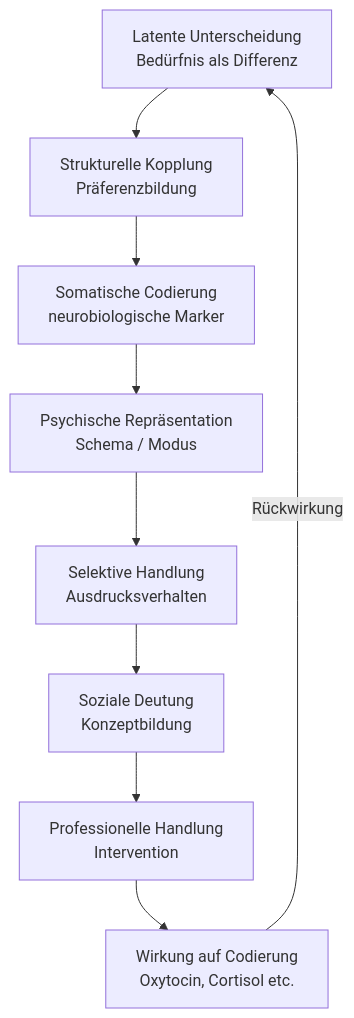
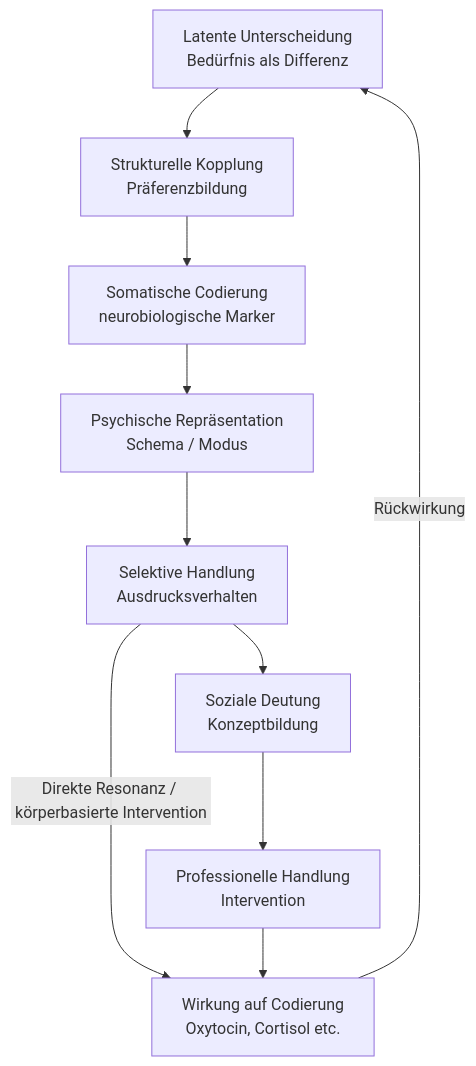
Before and after one commit to jochen-hanisch/research: the second of 2 diagrams in Pädagogische Psychologie/Bedürfnis.md, drawn with Mermaid. The commit also changed other lines of this file, not shown here.

````diff
--- a/Pädagogische Psychologie/Bedürfnis.md
+++ b/Pädagogische Psychologie/Bedürfnis.md
@@ -174,11 +184,12 @@
 ```mermaid
 flowchart TD
     A[Latente Unterscheidung<br>Bedürfnis als Differenz] --> B[Strukturelle Kopplung<br>Präferenzbildung]
     B --> C[Somatische Codierung<br>neurobiologische Marker]
     C --> D[Psychische Repräsentation<br>Schema / Modus]
     D --> E[Selektive Handlung<br>Ausdrucksverhalten]
     E --> F[Soziale Deutung<br>Konzeptbildung]
+    E -->|Direkte Resonanz / körperbasierte Intervention| H
     F --> G[Professionelle Handlung<br>Intervention]
     G --> H[Wirkung auf Codierung<br>Oxytocin, Cortisol etc.]
     H -->|Rückwirkung| A
 ```
````
